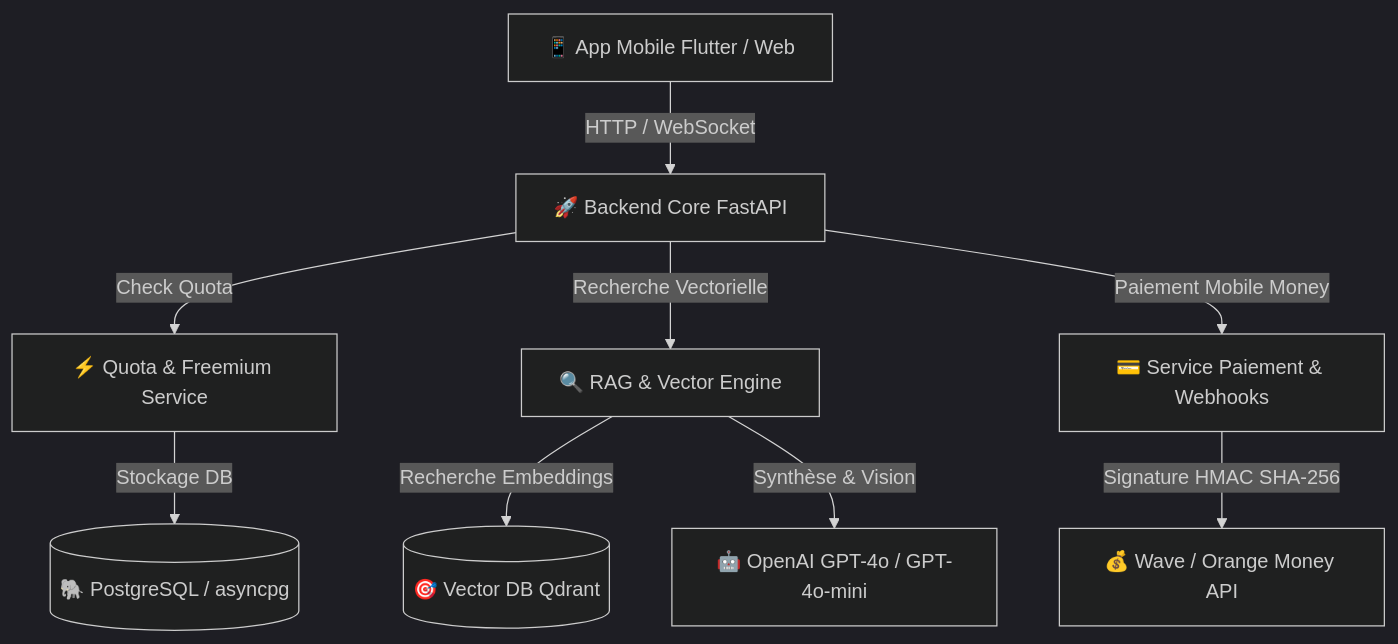
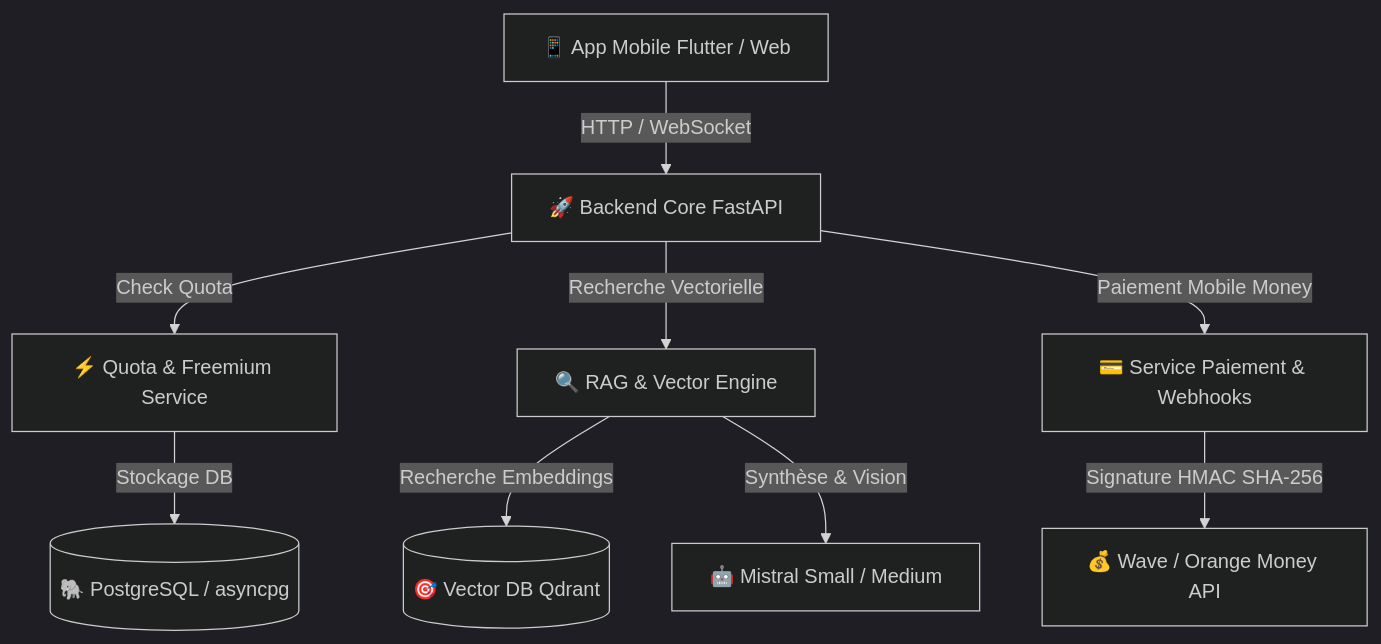
The diagram in PDR.md (bambainza/assistantIA-prosartisan), drawn with Mermaid (dark theme) before and after one commit. The commit also changed other lines of this file and 20 other files, not shown here.

````diff
--- a/PDR.md
+++ b/PDR.md
@@ -20,11 +20,11 @@
 ```mermaid
 graph TD
     Client[📱 App Mobile Flutter / Web] -->|HTTP / WebSocket| FastAPI[🚀 Backend Core FastAPI]
     FastAPI -->|Check Quota| QuotaService[⚡ Quota & Freemium Service]
     QuotaService -->|Stockage DB| Postgres[(🐘 PostgreSQL / asyncpg)]
     FastAPI -->|Recherche Vectorielle| RAGService[🔍 RAG & Vector Engine]
     RAGService -->|Recherche Embeddings| Qdrant[(🎯 Vector DB Qdrant)]
-    RAGService -->|Synthèse & Vision| OpenAI[🤖 OpenAI GPT-4o / GPT-4o-mini]
+    RAGService -->|Synthèse & Vision| Mistral[🤖 Mistral Small / Medium]
     FastAPI -->|Paiement Mobile Money| PaymentService[💳 Service Paiement & Webhooks]
     PaymentService -->|Signature HMAC SHA-256| MobileMoney[💰 Wave / Orange Money API]
 ```
````
